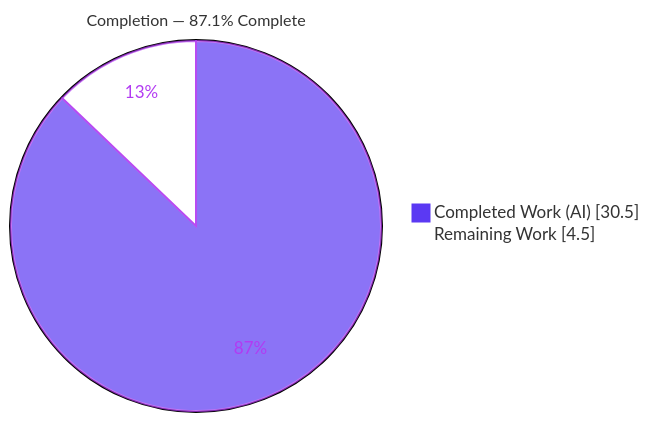
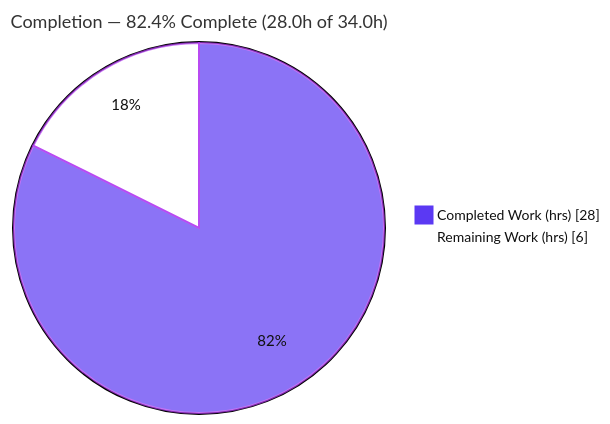
The first of 4 diagrams in blitzy/documentation/Project Guide.md (lakshya-blitzy/600K_ParentRepo), drawn with Mermaid before and after one commit. The commit also changed other lines of this file, not shown here.

Commit message:
Adding Blitzy Project Guide: Project Status and Human Tasks Remaining

````diff
--- a/blitzy/documentation/Project Guide.md
+++ b/blitzy/documentation/Project Guide.md
@@ -18,6 +18,7 @@
 ```mermaid
-%%{init: {'theme':'base', 'themeVariables': {'pie1':'#5B39F3','pie2':'#FFFFFF','pieStrokeColor':'#B23AF2','pieStrokeWidth':'2px','pieTitleTextSize':'16px','pieSectionTextColor':'#B23AF2'}}}%%
-pie showData title Completion — 87.1% Complete
-    "Completed Work (AI)" : 30.5
-    "Remaining Work" : 4.5
+%%{init: {'theme':'base', 'themeVariables': {'pie1':'#5B39F3','pie2':'#FFFFFF','pieStrokeColor':'#B23AF2','pieStrokeWidth':'2px','pieOuterStrokeWidth':'2px','pieTitleTextSize':'18px','pieSectionTextSize':'15px','pieLegendTextSize':'14px','pieSectionTextColor':'#111111','pieLegendTextColor':'#111111'}}}%%
+pie showData
+    title Completion — 82.4% Complete (28.0h of 34.0h)
+    "Completed Work (hrs)" : 28
+    "Remaining Work (hrs)" : 6
 ```
````
